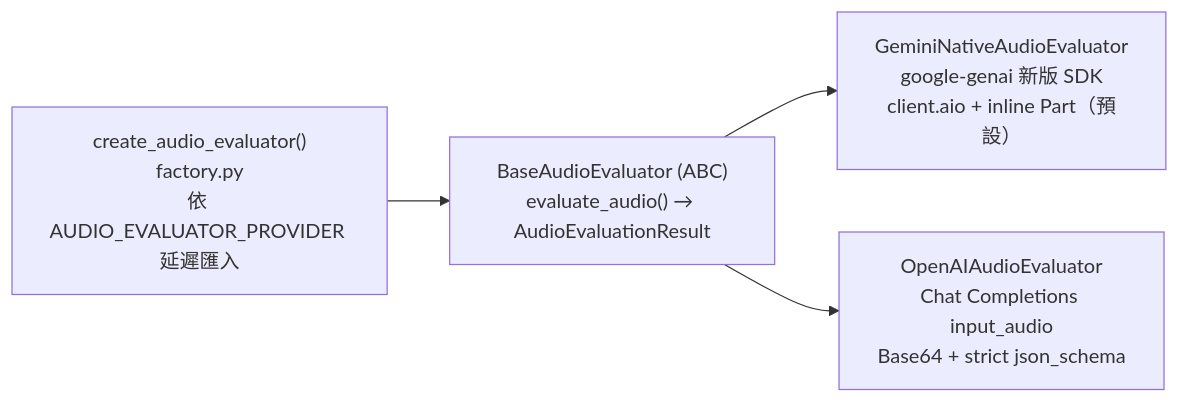
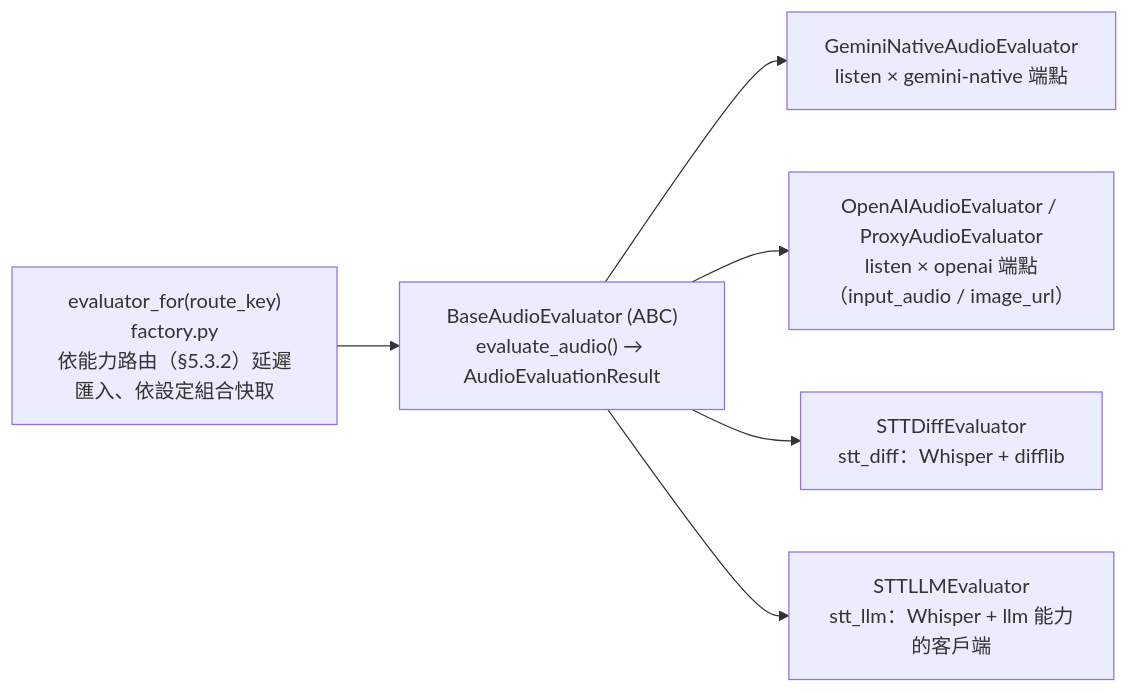
The fifth of 5 diagrams in docs/bk/02_Backend_Architecture.md (jacky917/FluencyTides), drawn with Mermaid before and after one commit. The commit also changed other lines of this file and 62 other files, not shown here.

````diff
--- a/docs/bk/02_Backend_Architecture.md
+++ b/docs/bk/02_Backend_Architecture.md
@@ -576,6 +593,8 @@
 ```mermaid
 graph LR
-    F["create_audio_evaluator()<br/>factory.py<br/>依 AUDIO_EVALUATOR_PROVIDER 延遲匯入"] --> B["BaseAudioEvaluator (ABC)<br/>evaluate_audio() → AudioEvaluationResult"]
-    B --> G["GeminiNativeAudioEvaluator<br/>google-genai 新版 SDK<br/>client.aio + inline Part（預設）"]
-    B --> O["OpenAIAudioEvaluator<br/>Chat Completions input_audio<br/>Base64 + strict json_schema"]
+    F["evaluator_for(route_key)<br/>factory.py<br/>依能力路由（§5.3.2）延遲匯入、依設定組合快取"] --> B["BaseAudioEvaluator (ABC)<br/>evaluate_audio() → AudioEvaluationResult"]
+    B --> G["GeminiNativeAudioEvaluator<br/>listen × gemini-native 端點"]
+    B --> O["OpenAIAudioEvaluator / ProxyAudioEvaluator<br/>listen × openai 端點（input_audio / image_url）"]
+    B --> D["STTDiffEvaluator<br/>stt_diff：Whisper + difflib"]
+    B --> L["STTLLMEvaluator<br/>stt_llm：Whisper + llm 能力的客戶端"]
 ```
````
